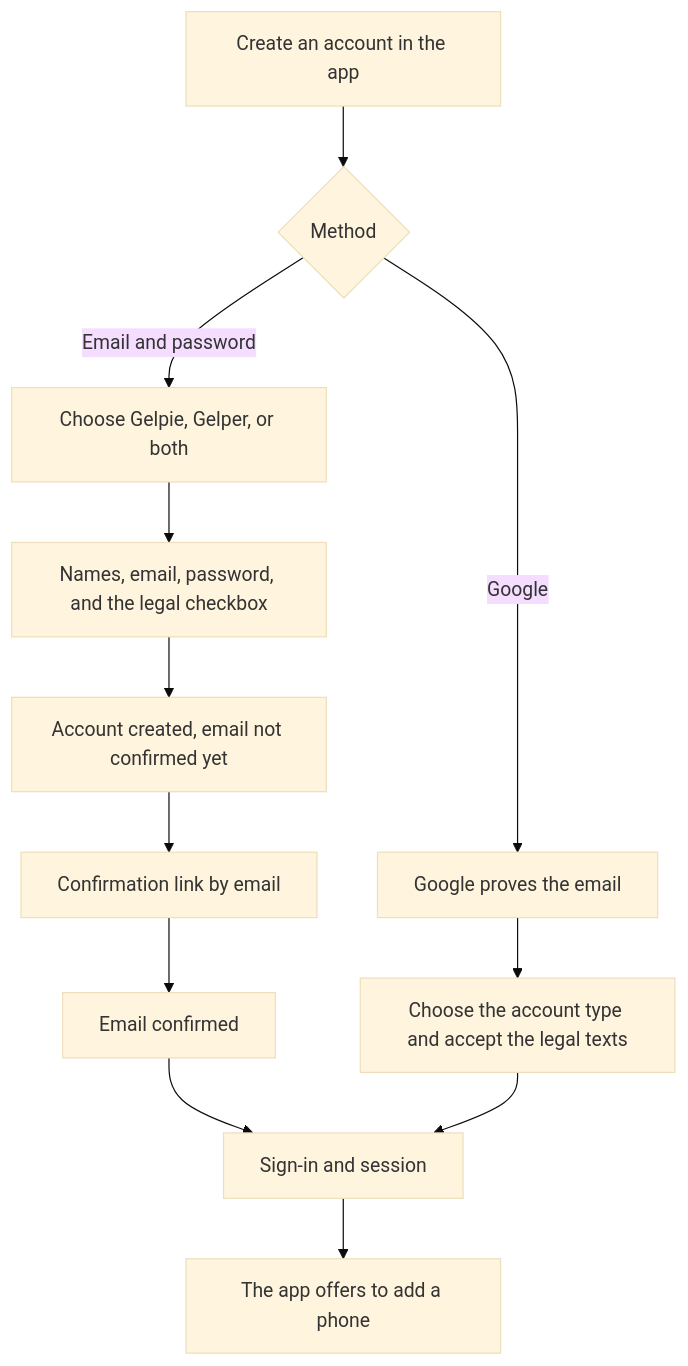
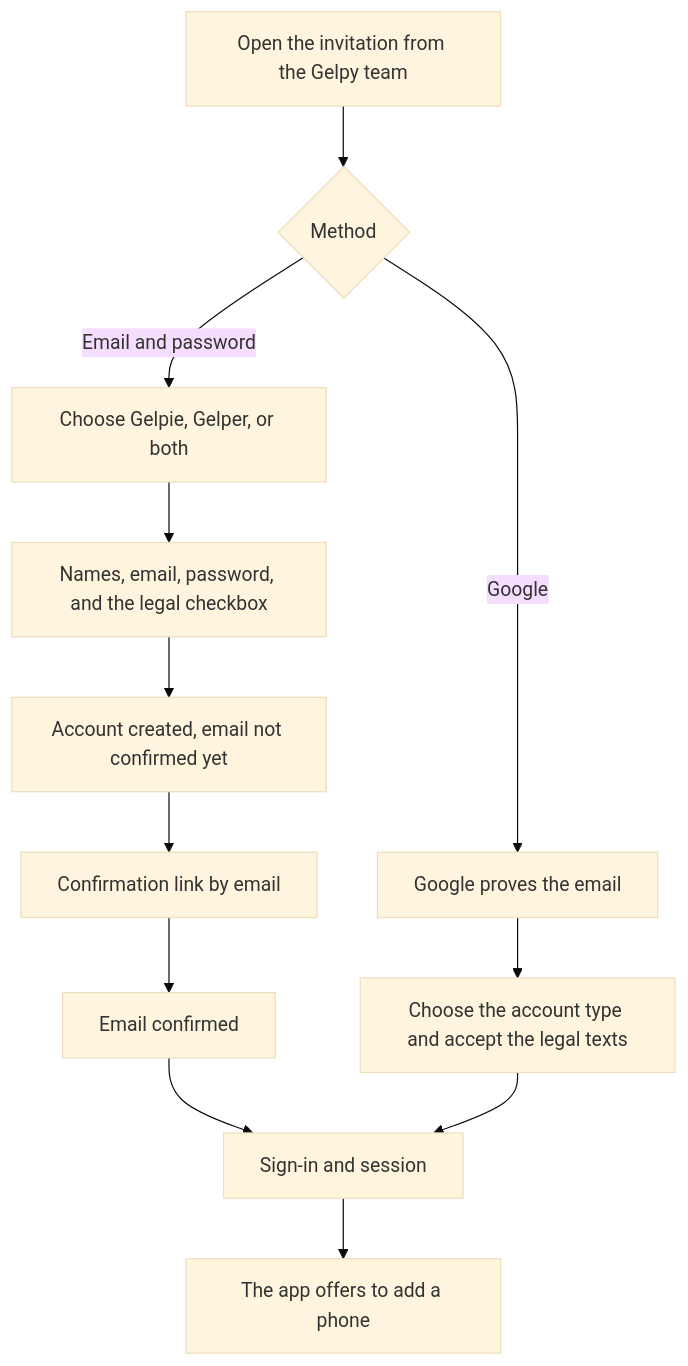
Before and after one commit to Gelpy/gelpy: the diagram in docs/product/accounts.md, drawn with Mermaid (base theme). The commit also changed other lines of this file and 14 other files, not shown here.

````diff
--- a/docs/product/accounts.md
+++ b/docs/product/accounts.md
@@ -30,14 +32,14 @@
 ```mermaid
 flowchart TD
-  A[Create an account in the app] --> B{Method}
+  A[Open the invitation from the Gelpy team] --> B{Method}
   B -- Email and password --> T[Choose Gelpie, Gelper, or both]
   T --> E[Names, email, password, and the legal checkbox]
   E --> H[Account created, email not confirmed yet]
   H --> I[Confirmation link by email]
   I --> J[Email confirmed]
   B -- Google --> G[Google proves the email]
   G --> K[Choose the account type and accept the legal texts]
   J --> L[Sign-in and session]
   K --> L
   L --> M[The app offers to add a phone]
 ```
````
